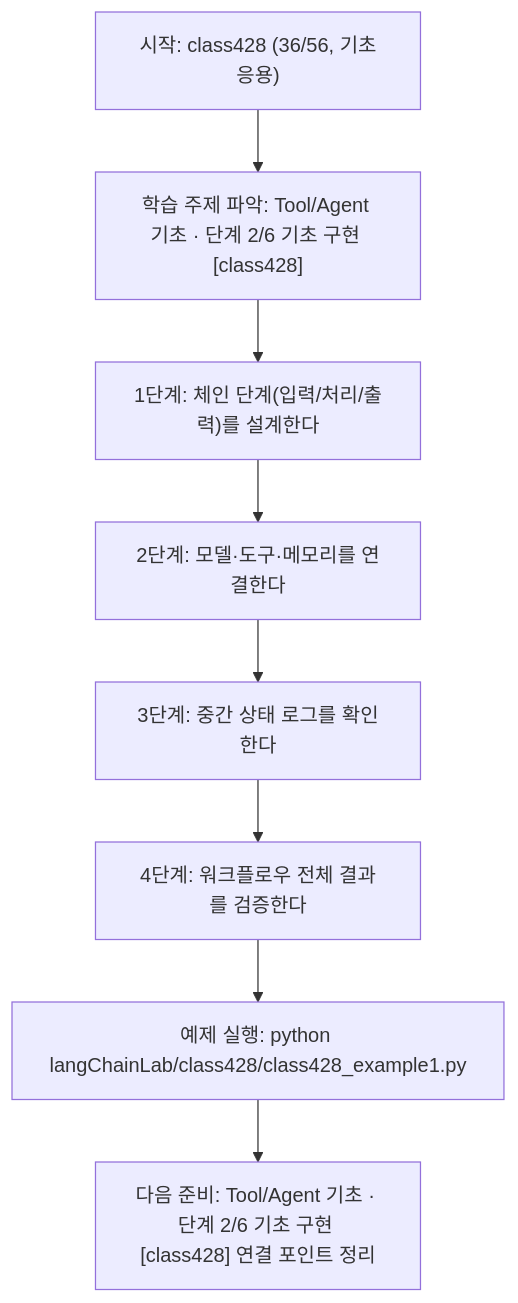
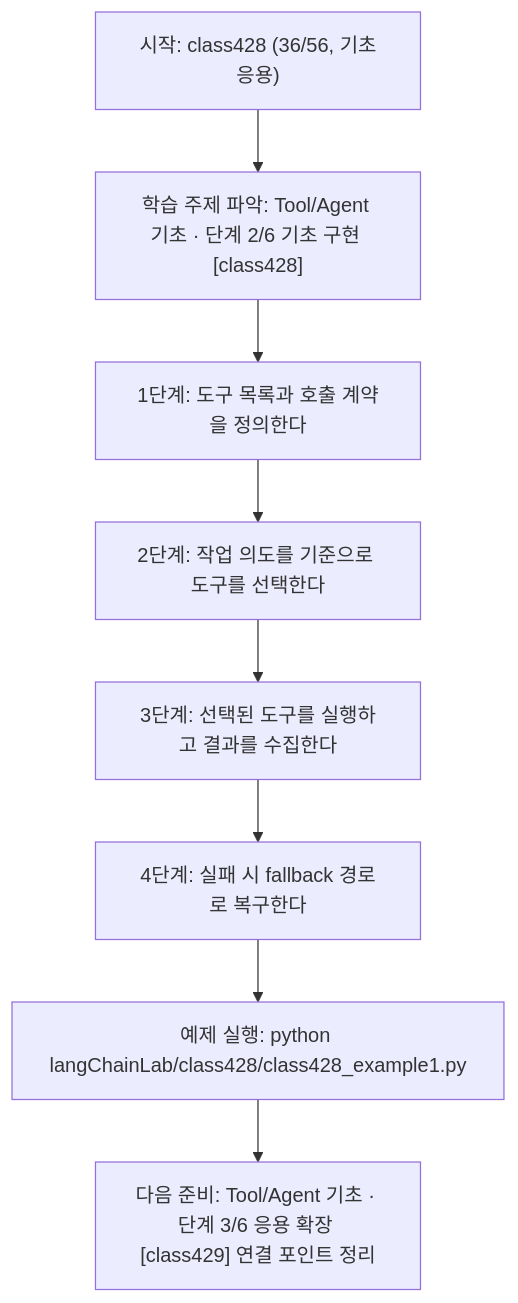
The diagram in langChainLab/class428/class428.md (edumgt/Python-AI_Agent-Class), drawn with Mermaid before and after one commit. The commit also changed other lines of this file and 395 other files, not shown here.

````diff
--- a/langChainLab/class428/class428.md
+++ b/langChainLab/class428/class428.md
@@ -110,18 +91,18 @@
 ```mermaid
 flowchart TD
 N1["시작: class428 (36/56, 기초응용)"]
 N2["학습 주제 파악: Tool/Agent 기초 · 단계 2/6 기초 구현 [class428]"]
-N3["1단계: 체인 단계(입력/처리/출력)를 설계한다"]
-N4["2단계: 모델·도구·메모리를 연결한다"]
-N5["3단계: 중간 상태 로그를 확인한다"]
-N6["4단계: 워크플로우 전체 결과를 검증한다"]
+N3["1단계: 도구 목록과 호출 계약을 정의한다"]
+N4["2단계: 작업 의도를 기준으로 도구를 선택한다"]
+N5["3단계: 선택된 도구를 실행하고 결과를 수집한다"]
+N6["4단계: 실패 시 fallback 경로로 복구한다"]
 N7["예제 실행: python langChainLab/class428/class428_example1.py"]
-N8["다음 준비: Tool/Agent 기초 · 단계 2/6 기초 구현 [class428] 연결 포인트 정리"]
+N8["다음 준비: Tool/Agent 기초 · 단계 3/6 응용 확장 [class429] 연결 포인트 정리"]
 N1 --> N2
 N2 --> N3
 N3 --> N4
 N4 --> N5
 N5 --> N6
 N6 --> N7
 N7 --> N8
 ```
````
